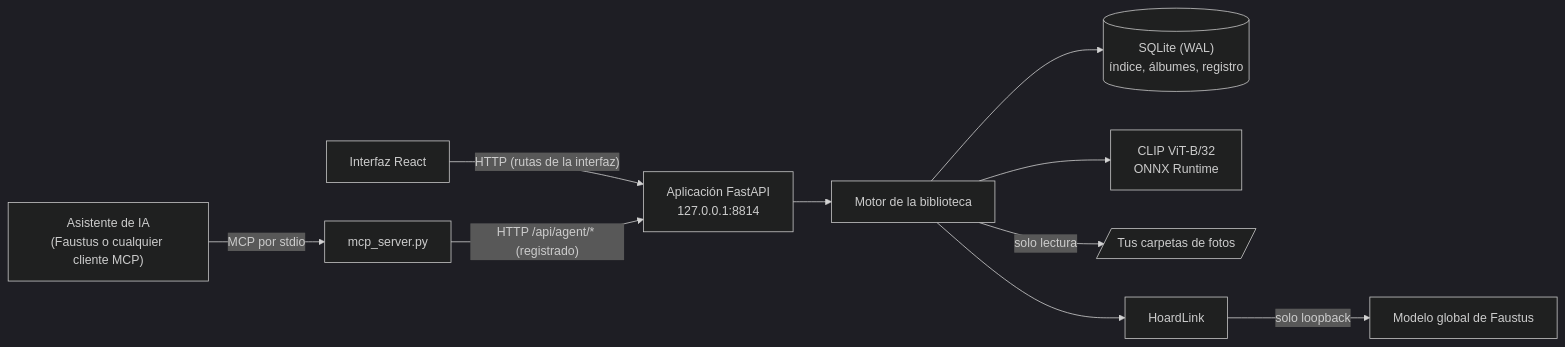
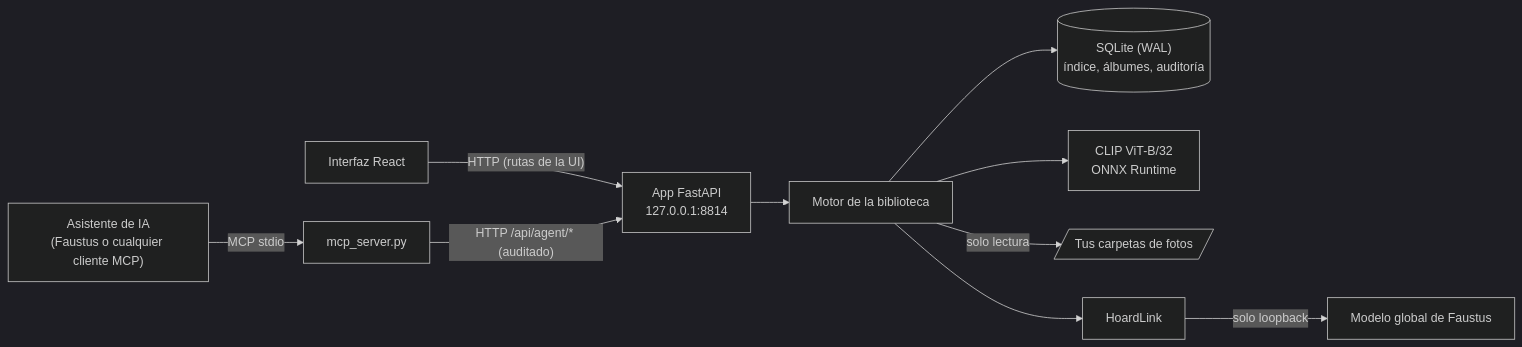
Before and after one commit to Luissalet/DaguerresHoard: the diagram in README.es.md, drawn with Mermaid (dark theme). The commit also changed other lines of this file and 1 other file, not shown here.

````diff
--- a/README.es.md
+++ b/README.es.md
@@ -412,11 +138,11 @@
 ```mermaid
 flowchart LR
-    UI["Interfaz React"] -->|"HTTP (rutas de la interfaz)"| API["Aplicación FastAPI<br/>127.0.0.1:8814"]
-    AI["Asistente de IA<br/>(Faustus o cualquier cliente MCP)"] -->|"MCP por stdio"| MCP["mcp_server.py"]
-    MCP -->|"HTTP /api/agent/* (registrado)"| API
+    UI["Interfaz React"] -->|"HTTP (rutas de la UI)"| API["App FastAPI<br/>127.0.0.1:8814"]
+    AI["Asistente de IA<br/>(Faustus o cualquier cliente MCP)"] -->|"MCP stdio"| MCP["mcp_server.py"]
+    MCP -->|"HTTP /api/agent/* (auditado)"| API
     API --> ENG["Motor de la biblioteca"]
-    ENG --> DB[("SQLite (WAL)<br/>índice, álbumes, registro")]
+    ENG --> DB[("SQLite (WAL)<br/>índice, álbumes, auditoría")]
     ENG --> CLIP["CLIP ViT-B/32<br/>ONNX Runtime"]
     ENG -->|"solo lectura"| PICS[/"Tus carpetas de fotos"/]
     ENG --> HL["HoardLink"] -->|"solo loopback"| LLM["Modelo global de Faustus"]
 ```
````
